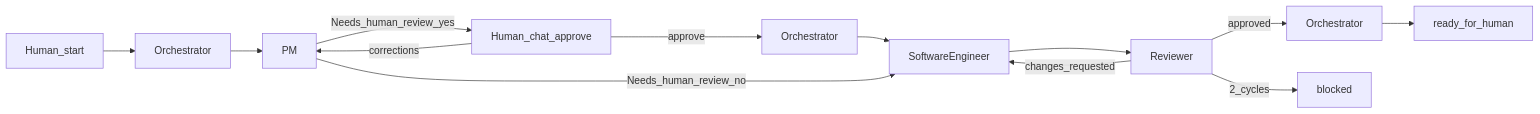
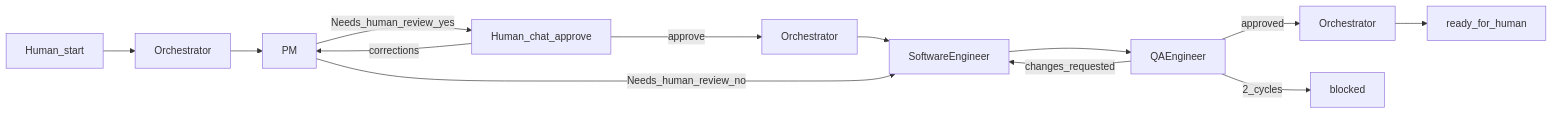
One commit to GustavoRusso/chore-master changed the diagram in _docs/process.md. Above: the diagram before and after it, drawn with Mermaid. The commit also changed other lines of this file and 5 other files, not shown here.

````diff
--- a/_docs/process.md
+++ b/_docs/process.md
@@ -32,15 +32,15 @@
 ```mermaid
 flowchart LR
   human[Human_start] --> orch[Orchestrator]
   orch --> pm[PM]
   pm -->|Needs_human_review_yes| humanGate[Human_chat_approve]
   humanGate -->|approve| orchResume[Orchestrator]
   humanGate -->|corrections| pm
   orchResume --> dev[SoftwareEngineer]
   pm -->|Needs_human_review_no| dev
-  dev --> rev[Reviewer]
+  dev --> rev[QAEngineer]
   rev -->|approved| orch2[Orchestrator]
   orch2 --> ready[ready_for_human]
   rev -->|changes_requested| dev
   rev -->|2_cycles| blocked[blocked]
 ```
````
